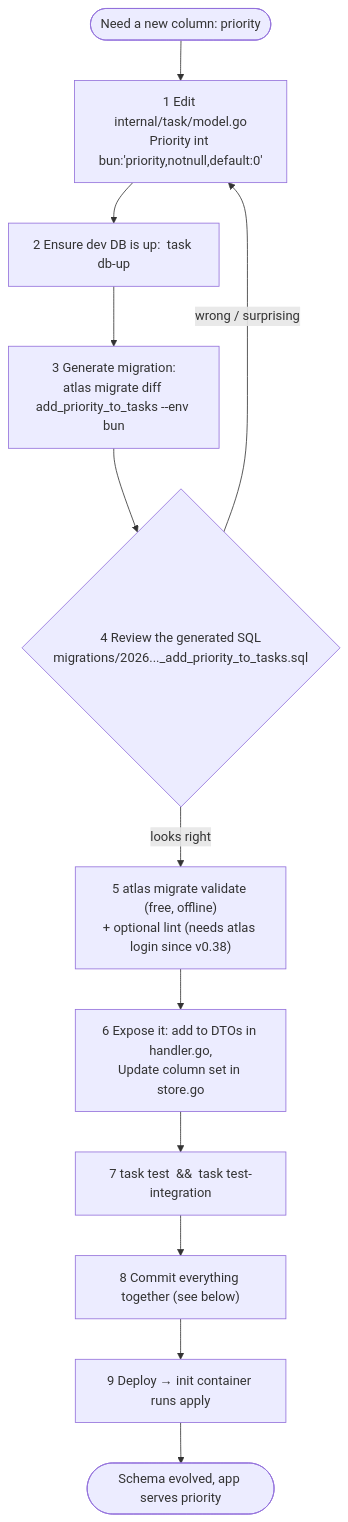
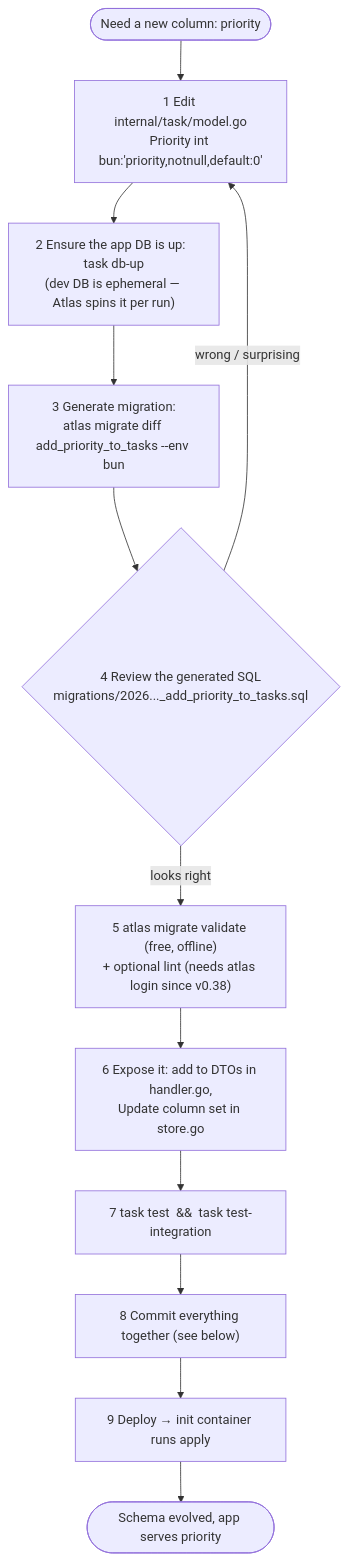
One commit to akshayvadher/bun-atlas changed the fourth of 8 diagrams in docs/migrations-guide.md. Above: the diagram before and after it, drawn with Mermaid. The commit also changed other lines of this file and 5 other files, not shown here.

First line of the commit message:
chore: use ephemeral docker:// dev DB via podman; document the fallback

````diff
--- a/docs/migrations-guide.md
+++ b/docs/migrations-guide.md
@@ -170,14 +204,14 @@
 ```mermaid
 flowchart TD
     S(["Need a new column: priority"]) --> E["1 Edit internal/task/model.go<br/>Priority int bun:'priority,notnull,default:0'"]
-    E --> U["2 Ensure dev DB is up:  task db-up"]
+    E --> U["2 Ensure the app DB is up:  task db-up<br/>(dev DB is ephemeral — Atlas spins it per run)"]
     U --> D["3 Generate migration:<br/>atlas migrate diff add_priority_to_tasks --env bun"]
     D --> R{"4 Review the generated SQL<br/>migrations/2026..._add_priority_to_tasks.sql"}
     R -->|wrong / surprising| E
     R -->|looks right| L["5 atlas migrate validate (free, offline)<br/>+ optional lint (needs atlas login since v0.38)"]
     L --> AC["6 Expose it: add to DTOs in handler.go,<br/>Update column set in store.go"]
     AC --> T["7 task test  &&  task test-integration"]
     T --> C["8 Commit everything together (see below)"]
     C --> AP["9 Deploy → init container runs apply"]
     AP --> Z(["Schema evolved, app serves priority"])
 ```
````
